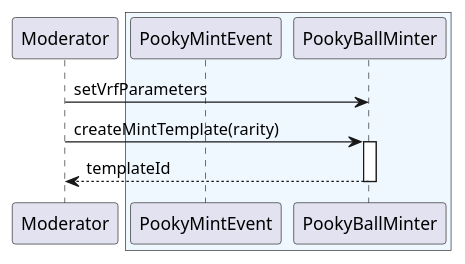
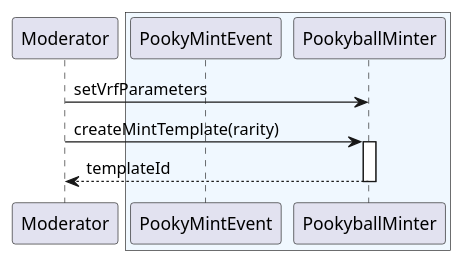
One commit to pooky-labs/smart-contracts changed the diagram in diagrams/PookyMintEvent/moderatorSetup.puml. Above: the diagram before and after it, drawn with PlantUML. The commit also changed 34 other files, not shown here.

First line of the commit message:
chore: rename `PookyBall` and `Pooky Ball` occurrences to `Pookyball`.

```diff
--- a/diagrams/PookyMintEvent/moderatorSetup.puml
+++ b/diagrams/PookyMintEvent/moderatorSetup.puml
@@ -1,14 +1,14 @@
 @startuml
 participant Moderator
 box #F0F8FF
 participant PookyMintEvent
-participant PookyBallMinter
+participant PookyballMinter
 end box
 
-Moderator -> PookyBallMinter : setVrfParameters
+Moderator -> PookyballMinter : setVrfParameters
 
-Moderator -> PookyBallMinter: createMintTemplate(rarity)
-activate PookyBallMinter
-PookyBallMinter --> Moderator: templateId
-deactivate PookyBallMinter
+Moderator -> PookyballMinter: createMintTemplate(rarity)
+activate PookyballMinter
+PookyballMinter --> Moderator: templateId
+deactivate PookyballMinter
 @enduml
```
